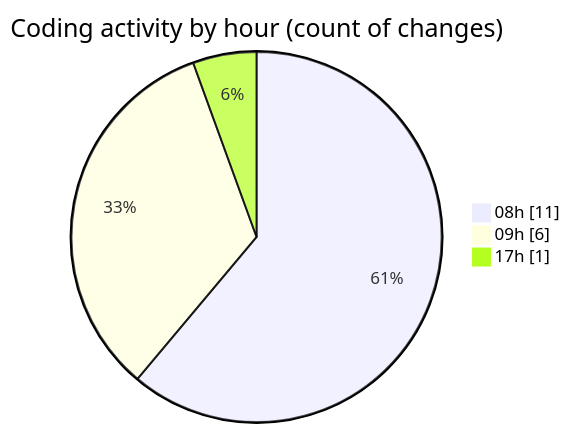
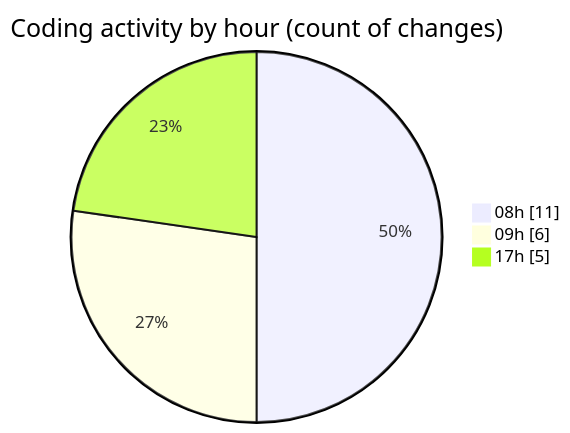
The second of 2 diagrams in 2025-01-13/termonied-web/README.md (robertbonfada/code-tracking), drawn with Mermaid before and after one commit. The commit also changed other lines of this file and 1 other file, not shown here.

````diff
--- a/2025-01-13/termonied-web/README.md
+++ b/2025-01-13/termonied-web/README.md
@@ -31,7 +31,7 @@
 ```mermaid
 pie showData
 title Coding activity by hour (count of changes)
 "08h" : 11
 "09h" : 6
-"17h" : 1
+"17h" : 5
 ```
````
